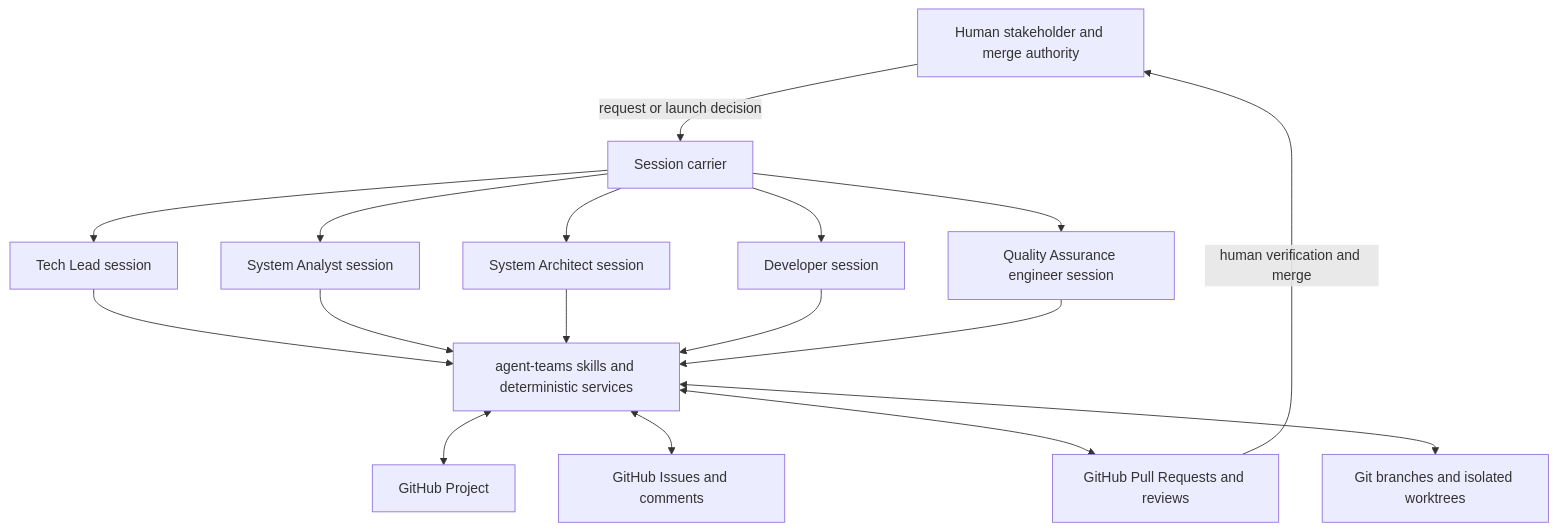
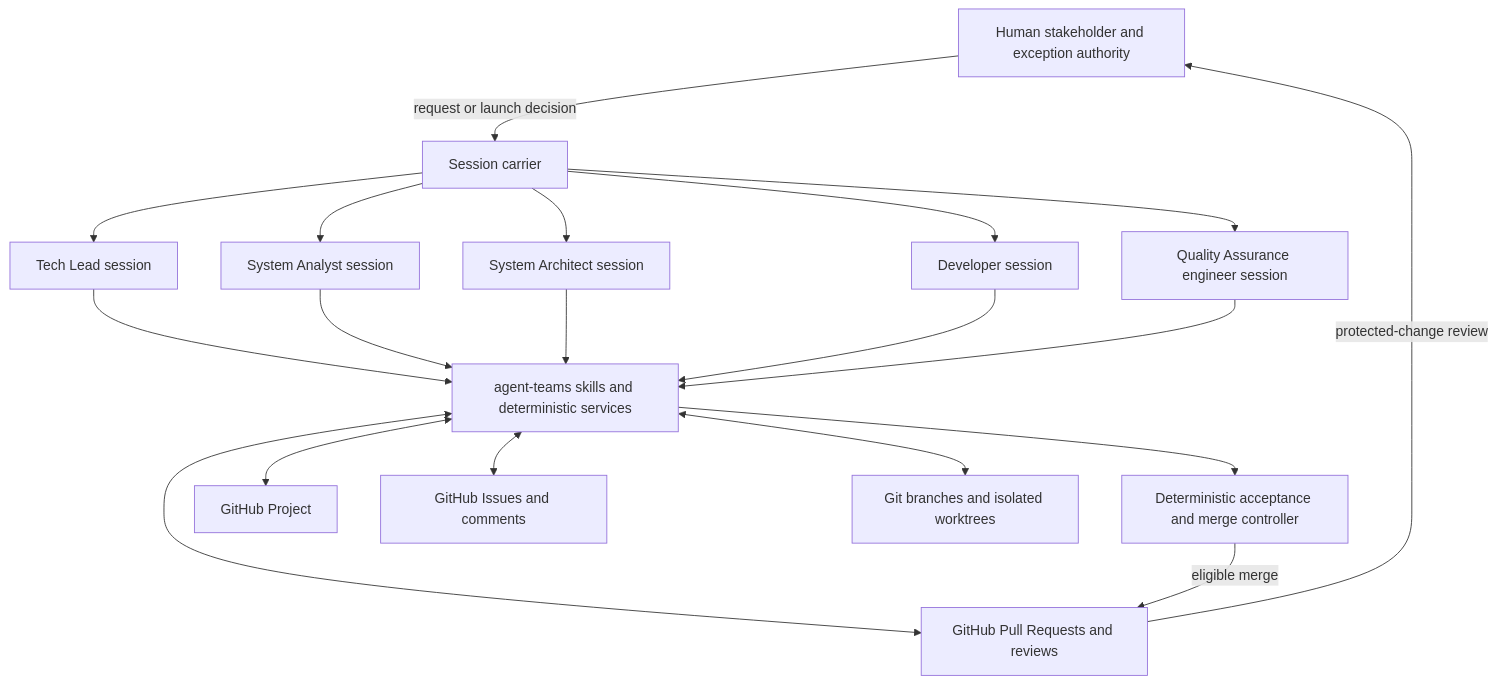
One commit to joanne-09/agent-teams changed the first of 3 diagrams in docs/ARCHITECTURE.md. Above: the diagram before and after it, drawn with Mermaid. The commit also changed other lines of this file and 3 other files, not shown here.

````diff
--- a/docs/ARCHITECTURE.md
+++ b/docs/ARCHITECTURE.md
@@ -47,35 +47,38 @@
 ```mermaid
 flowchart TB
-    Stakeholder[Human stakeholder and merge authority]
+    Stakeholder[Human stakeholder and exception authority]
     Carrier[Session carrier]
     Manager[Tech Lead session]
     Analyst[System Analyst session]
     Architect[System Architect session]
     Development[Developer session]
     Quality[Quality Assurance engineer session]
     AgentTeams[agent-teams skills and deterministic services]
+    Acceptance[Deterministic acceptance and merge controller]
     Project[GitHub Project]
     Issues[GitHub Issues and comments]
     PullRequests[GitHub Pull Requests and reviews]
     Git[Git branches and isolated worktrees]
 
     Stakeholder -->|request or launch decision| Carrier
     Carrier --> Manager
     Carrier --> Analyst
     Carrier --> Architect
     Carrier --> Development
     Carrier --> Quality
 
     Manager --> AgentTeams
     Analyst --> AgentTeams
     Architect --> AgentTeams
     Development --> AgentTeams
     Quality --> AgentTeams
 
     AgentTeams <--> Project
     AgentTeams <--> Issues
     AgentTeams <--> PullRequests
     AgentTeams <--> Git
 
-    PullRequests -->|human verification and merge| Stakeholder
+    AgentTeams --> Acceptance
+    Acceptance -->|eligible merge| PullRequests
+    PullRequests -->|protected-change review| Stakeholder
 ```
````
